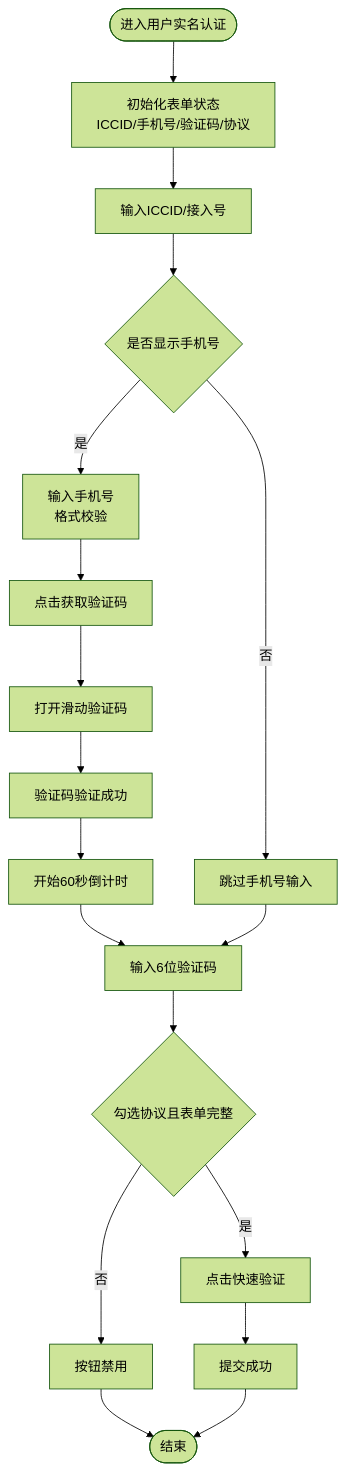
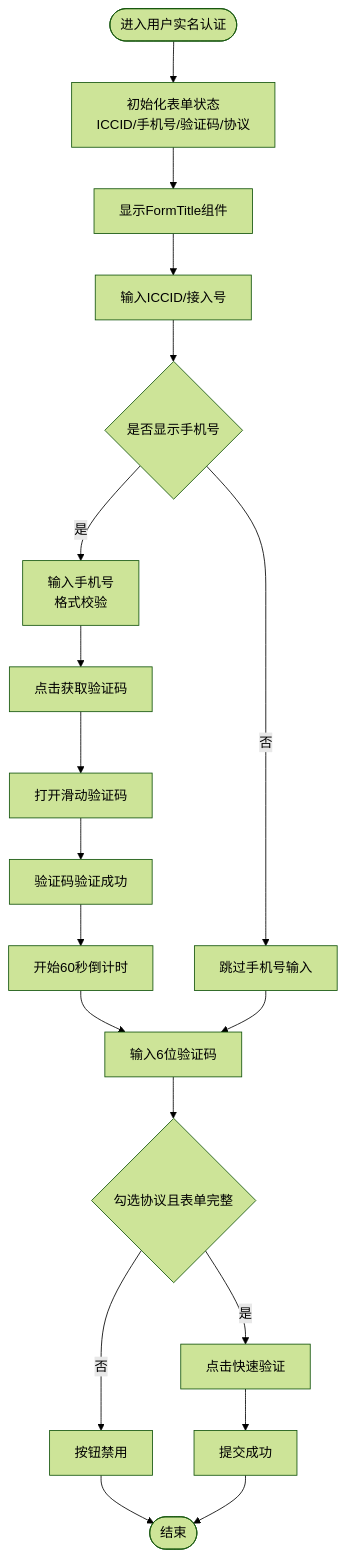
Before and after one commit to zuolinbao/redbook: diagram 11 of 13 in .qoder/repowiki/zh/content/页面组件.md, drawn with Mermaid (forest theme). The commit also changed other lines of this file and 10 other files, not shown here.

````diff
--- a/.qoder/repowiki/zh/content/页面组件.md
+++ b/.qoder/repowiki/zh/content/页面组件.md
@@ -410,20 +475,21 @@
 ```mermaid
 flowchart TD
 Start(["进入用户实名认证"]) --> Init["初始化表单状态<br/>ICCID/手机号/验证码/协议"]
-Init --> InputICCID["输入ICCID/接入号"]
+Init --> FormTitle["显示FormTitle组件"]
+FormTitle --> InputICCID["输入ICCID/接入号"]
 InputICCID --> CheckPhone{"是否显示手机号"}
 CheckPhone --> |是| InputPhone["输入手机号<br/>格式校验"]
 CheckPhone --> |否| SkipPhone["跳过手机号输入"]
 InputPhone --> SendCode["点击获取验证码"]
 SendCode --> SliderVerify["打开滑动验证码"]
 SliderVerify --> VerifySuccess["验证码验证成功"]
 VerifySuccess --> Countdown["开始60秒倒计时"]
 Countdown --> InputCode["输入6位验证码"]
 SkipPhone --> InputCode
 InputCode --> CheckAgreement{"勾选协议且表单完整"}
 CheckAgreement --> |是| Submit["点击快速验证"]
 CheckAgreement --> |否| Disabled["按钮禁用"]
 Submit --> Success["提交成功"]
 Disabled --> End(["结束"])
 Success --> End
 ```
````
